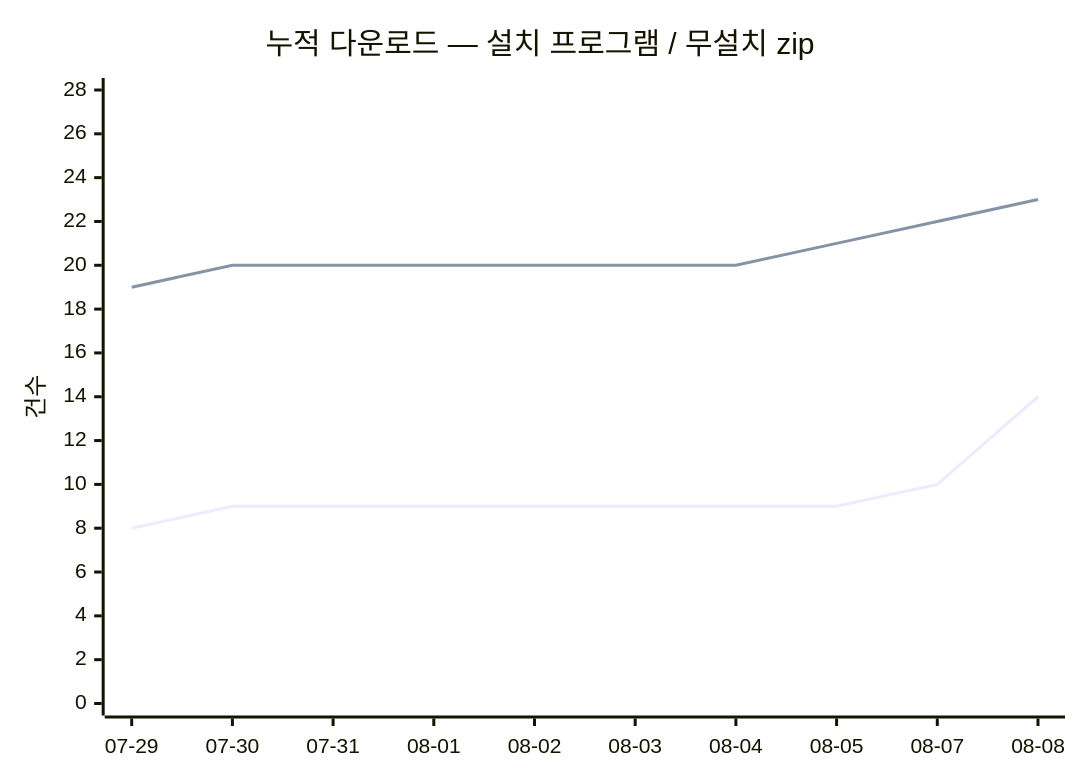
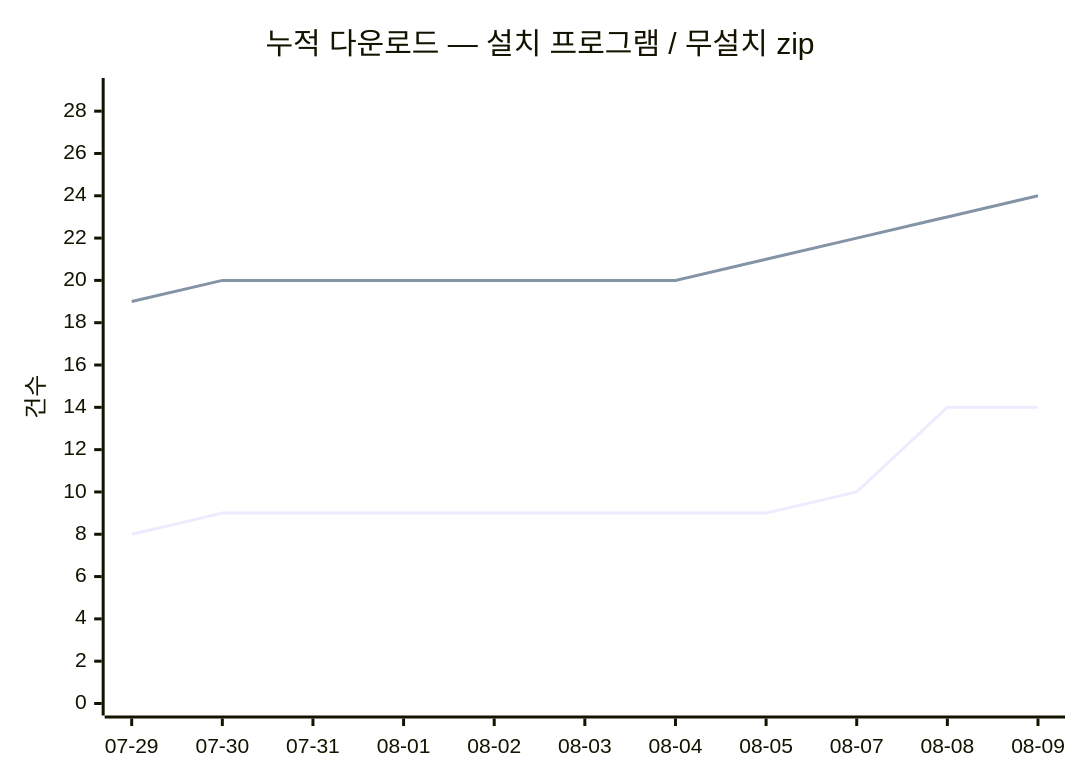
The diagram in README.md (dodaseo/ibis-releases), drawn with Mermaid before and after one commit. The commit also changed other lines of this file and 2 other files, not shown here.

Commit message:
chore(stats): 다운로드 스냅숏 2026-08-09

````diff
--- a/README.md
+++ b/README.md
@@ -137,8 +137,8 @@
 ```mermaid
 xychart-beta
     title "누적 다운로드 — 설치 프로그램 / 무설치 zip"
-    x-axis [07-29, 07-30, 07-31, 08-01, 08-02, 08-03, 08-04, 08-05, 08-07, 08-08]
-    y-axis "건수" 0 --> 28
-    line [8, 9, 9, 9, 9, 9, 9, 9, 10, 14]
-    line [19, 20, 20, 20, 20, 20, 20, 21, 22, 23]
+    x-axis [07-29, 07-30, 07-31, 08-01, 08-02, 08-03, 08-04, 08-05, 08-07, 08-08, 08-09]
+    y-axis "건수" 0 --> 29
+    line [8, 9, 9, 9, 9, 9, 9, 9, 10, 14, 14]
+    line [19, 20, 20, 20, 20, 20, 20, 21, 22, 23, 24]
 ```
````
